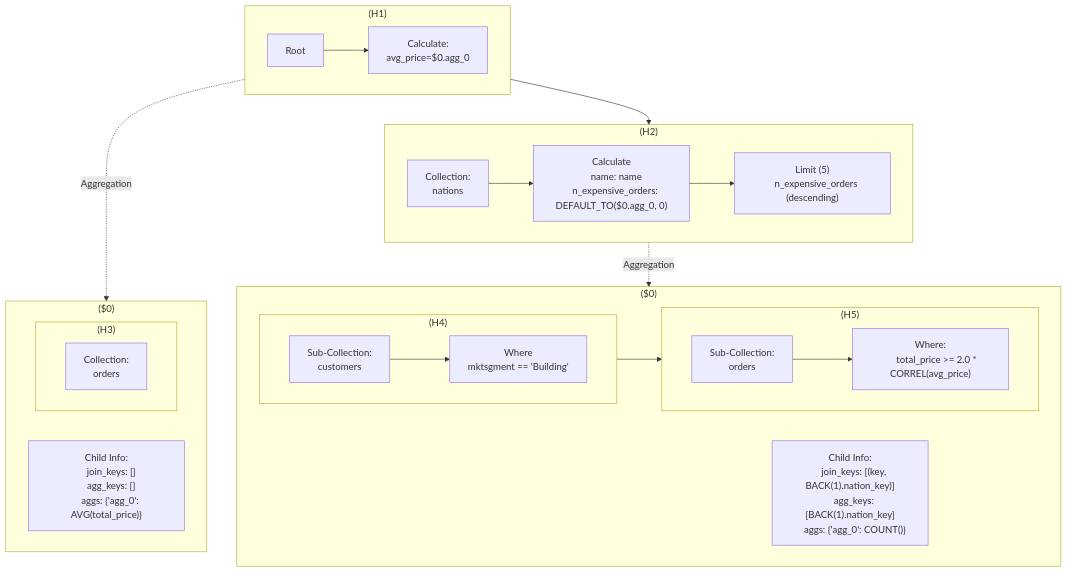
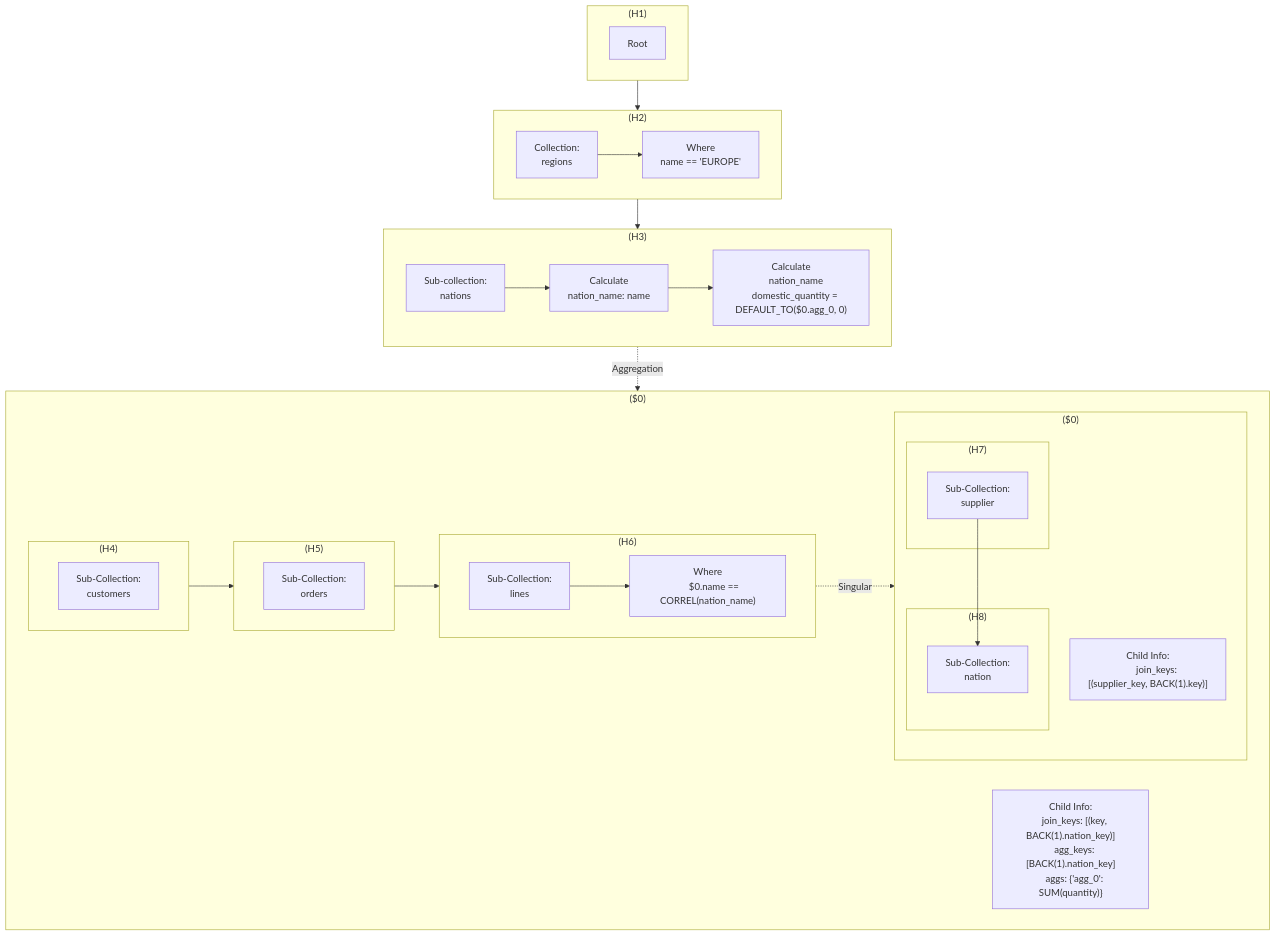
One commit to bodo-ai/PyDough changed the fourth of 6 diagrams in documentation/ir.md. Above: the diagram before and after it, drawn with Mermaid. The commit also changed other lines of this file, not shown here.

````diff
--- a/documentation/ir.md
+++ b/documentation/ir.md
@@ -250,62 +289,74 @@
 ```mermaid
 flowchart TD
   subgraph L1["(H1)"]
   direction LR
     A["Root"]
-    A'["Calculate:
-    avg_price=$0.agg_0"]
-    A --> A'
   end
 
-  subgraph C1["($0)"]
-    subgraph L3["(H3)"]
-    direction LR
-      B["Collection:
-      orders"]
-    end
-    data0["Child Info:
-    join_keys: []
-    agg_keys: []
-    aggs: {'agg_0': AVG(total_price)}"]
+  subgraph R1["(H2)"]
+  direction LR
+    R["Collection:
+    regions"]
+    S["Where
+    name == 'EUROPE'"]
+    R --> S
   end
-    L1 -..->|Aggregation| C1
 
-  subgraph L2["(H2)"]
+  subgraph L2["(H3)"]
   direction LR
-    E["Collection:
+    E["Sub-collection:
     nations"]
     F["Calculate
-    name: name
-    n_expensive_orders: DEFAULT_TO($0.agg_0, 0)"]
-    G["Limit (5)
-    n_expensive_orders (descending)"]
+    nation_name: name"]
+    G["Calculate
+    nation_name
+    domestic_quantity = DEFAULT_TO($0.agg_0, 0)"]
     E --> F --> G
   end
 
   subgraph C2["($0)"]
     subgraph L4["(H4)"]
     direction LR
       C["Sub-Collection:
       customers"]
-      H["Where
-      mktsgment == 'Building'"]
-      C --> H
     end
     subgraph L5["(H5)"]
     direction LR
       D["Sub-Collection:
       orders"]
-      D'["Where:
-      total_price >= 2.0 * CORREL(avg_price)"]
-      D --> D'
+    end
+    subgraph L6["(H6)"]
+    direction LR
+      V1["Sub-Collection:
+      lines"]
+      V2["Where
+      $0.name == CORREL(nation_name)"]
+      V1 --> V2
+    end
+    subgraph C4["($0)"]
+    direction TB
+        subgraph H7["(H7)"]
+        Q1["Sub-Collection:
+      supplier"]
+        end
+        subgraph H8["(H8)"]
+        Q2["Sub-Collection:
+      nation"]
+        end
+      data2["Child Info:
+        join_keys: [(supplier_key, BACK(1).key)]"]
     end
     data1["Child Info:
     join_keys: [(key, BACK(1).nation_key)]
     agg_keys: [BACK(1).nation_key]
-    aggs: {'agg_0': COUNT()}"]
+    aggs: {'agg_0': SUM(quantity)}"]
   end
 
-    L1 --> L2
+    L1 --> R1
+    R1 --> L2
     L2 -.->|Aggregation| C2
     L4 --> L5
+    L5 --> L6
+    L6 -.->|Singular| C4
+    Q1 --> Q2
 ```
````
